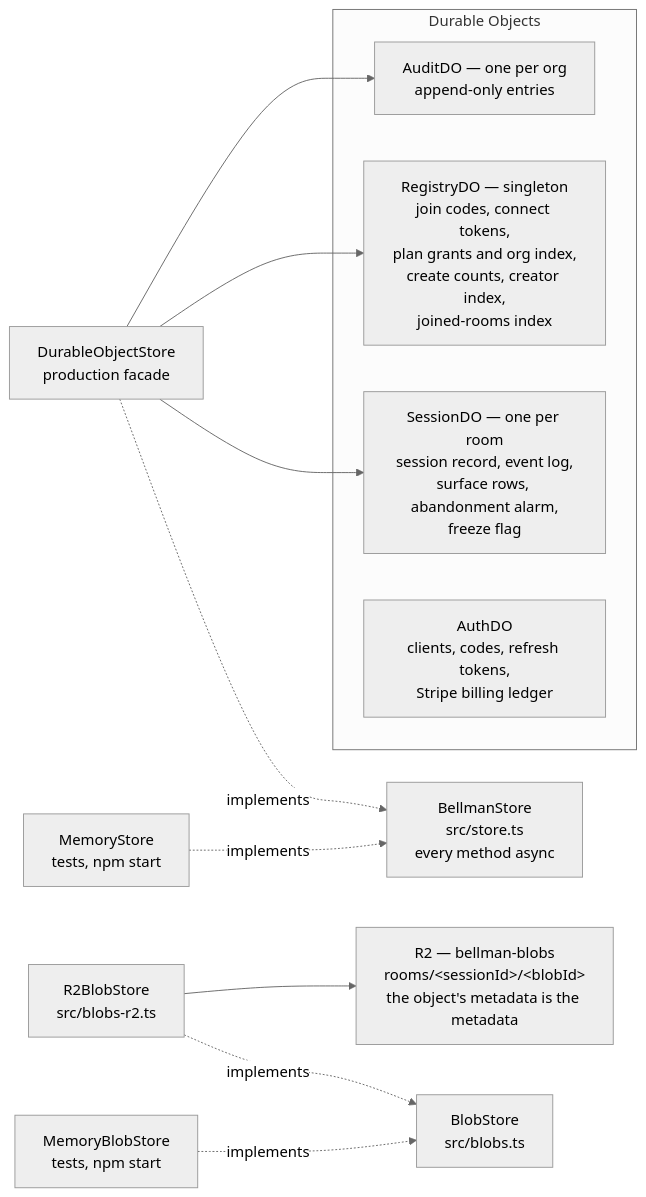
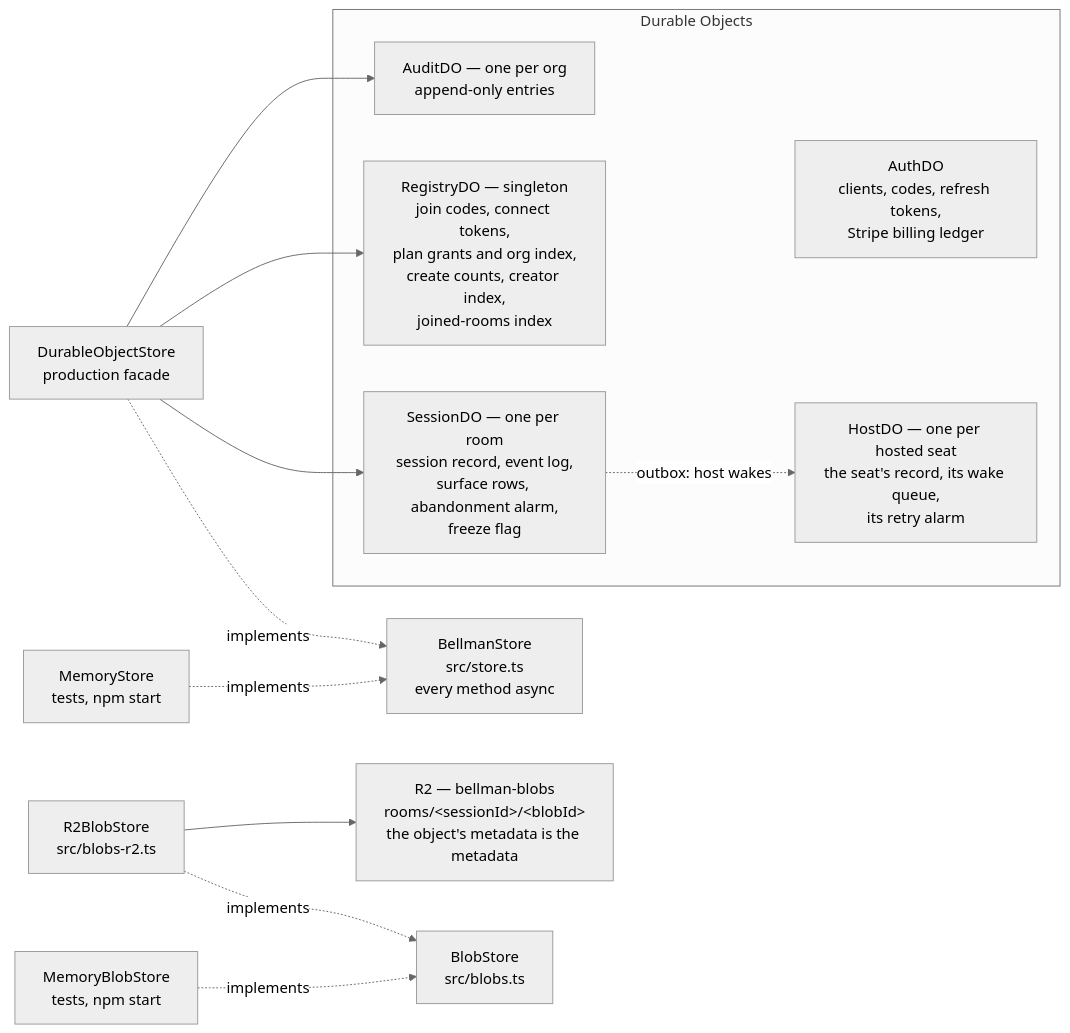
The fourth of 7 diagrams in docs/ARCHITECTURE.md (bellman-sh/bellman), drawn with Mermaid (neutral theme) before and after one commit. The commit also changed other lines of this file and 6 other files, not shown here.

Commit message:
docs: the hosted seat, its meter and its weights; ADR 0002 and a canvas skill (#188, #189)

````diff
--- a/docs/ARCHITECTURE.md
+++ b/docs/ARCHITECTURE.md
@@ -410,23 +414,26 @@
 ```mermaid
 flowchart LR
     BS["BellmanStore<br/>src/store.ts<br/>every method async"]
     MEM["MemoryStore<br/>tests, npm start"] -.implements.-> BS
     DOS["DurableObjectStore<br/>production facade"] -.implements.-> BS
 
     DOS --> SDO
     DOS --> RDO
     DOS --> ADO
 
     subgraph objects["Durable Objects"]
         SDO["SessionDO — one per room<br/>session record, event log,<br/>surface rows, abandonment alarm,<br/>freeze flag"]
         RDO["RegistryDO — singleton<br/>join codes, connect tokens,<br/>plan grants and org index,<br/>create counts, creator index,<br/>joined-rooms index"]
         ADO["AuditDO — one per org<br/>append-only entries"]
         AUTH["AuthDO<br/>clients, codes, refresh tokens,<br/>Stripe billing ledger"]
+        HDO["HostDO — one per hosted seat<br/>the seat's record, its wake queue,<br/>its retry alarm"]
     end
+
+    SDO -.->|"outbox: host wakes"| HDO
 
     BLOB["BlobStore<br/>src/blobs.ts"]
     R2["R2 — bellman-blobs<br/>rooms/&lt;sessionId&gt;/&lt;blobId&gt;<br/>the object's metadata is the metadata"]
     MEMB["MemoryBlobStore<br/>tests, npm start"] -.implements.-> BLOB
     R2S["R2BlobStore<br/>src/blobs-r2.ts"] -.implements.-> BLOB
     R2S --> R2
 ```
````
